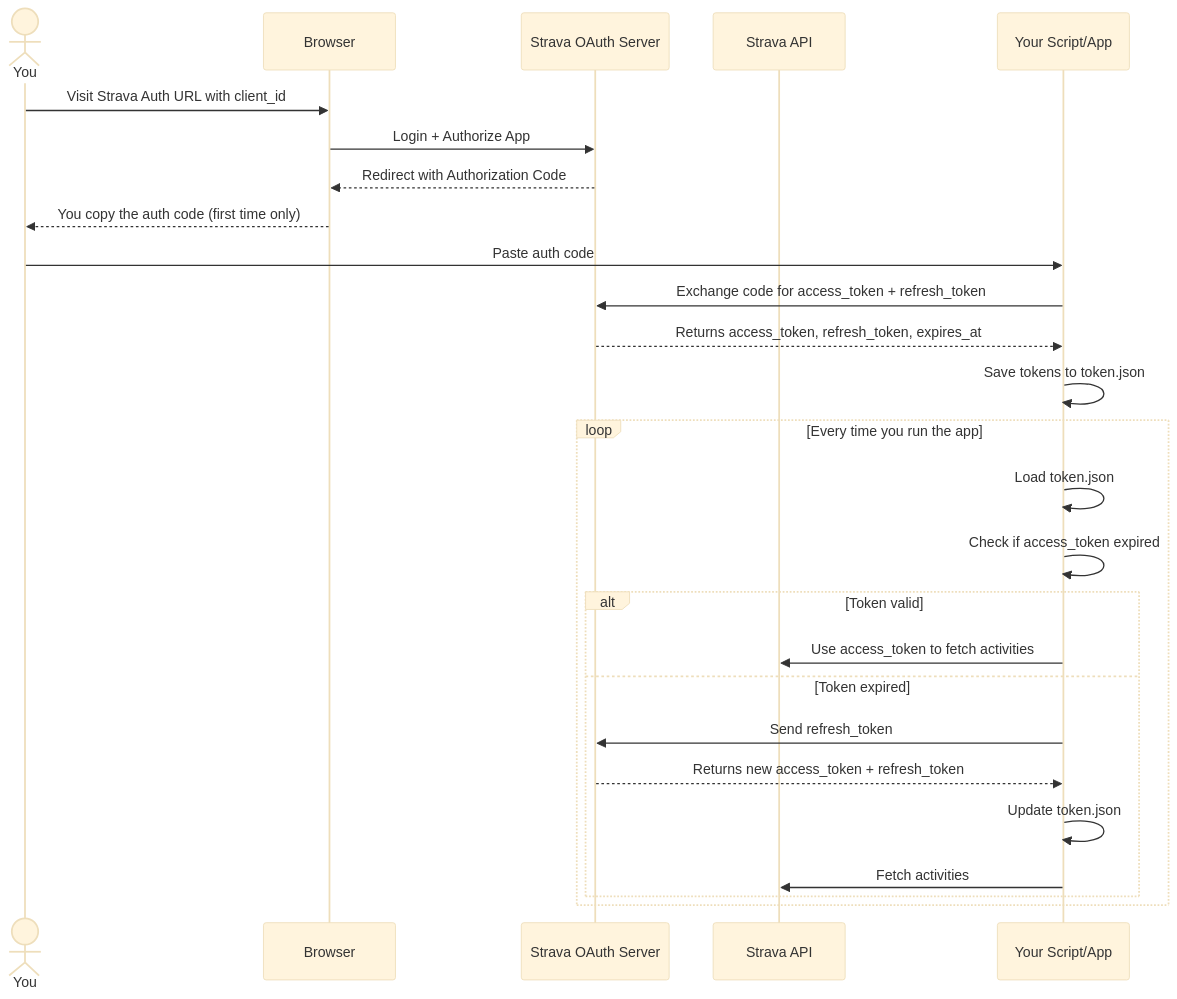
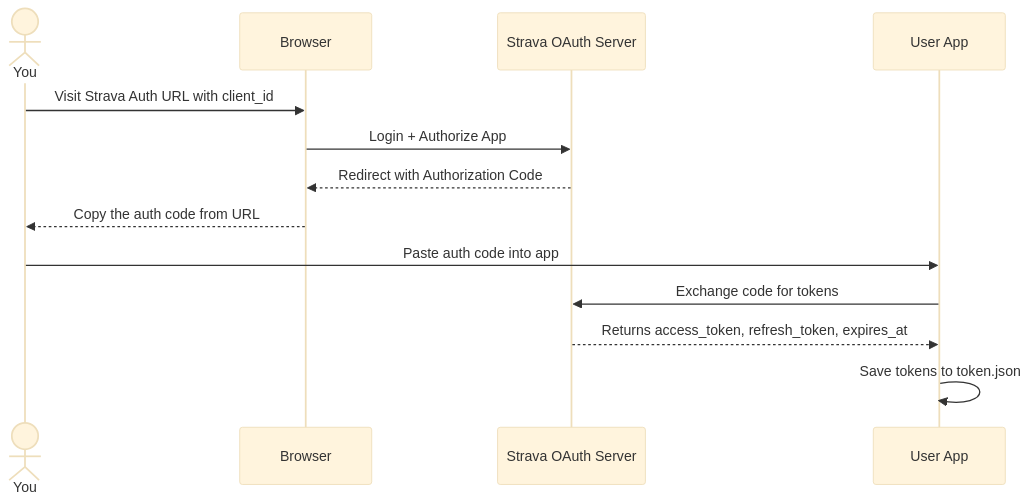
The first of 2 diagrams in docs/strava_oauth.md (pugmarx/strava-insights-rag), drawn with Mermaid (base theme) before and after one commit. The commit also changed other lines of this file and 1 other file, not shown here.

````diff
--- a/docs/strava_oauth.md
+++ b/docs/strava_oauth.md
@@ -5,32 +17,17 @@
 ```mermaid
 sequenceDiagram
     actor You
     participant Browser
     participant StravaAuth as Strava OAuth Server
-    participant StravaAPI as Strava API
-    participant App as Your Script/App
+    participant App as User App
 
     You->>Browser: Visit Strava Auth URL with client_id
     Browser->>StravaAuth: Login + Authorize App
     StravaAuth-->>Browser: Redirect with Authorization Code
-    Browser-->>You: You copy the auth code (first time only)
+    Browser-->>You: Copy the auth code from URL
 
-    You->>App: Paste auth code
-    App->>StravaAuth: Exchange code for access_token + refresh_token
+    You->>App: Paste auth code into app
+    App->>StravaAuth: Exchange code for tokens
     StravaAuth-->>App: Returns access_token, refresh_token, expires_at
     App->>App: Save tokens to token.json
-
-    loop Every time you run the app
-        App->>App: Load token.json
-        App->>App: Check if access_token expired
-
-        alt Token valid
-            App->>StravaAPI: Use access_token to fetch activities
-        else Token expired
-            App->>StravaAuth: Send refresh_token
-            StravaAuth-->>App: Returns new access_token + refresh_token
-            App->>App: Update token.json
-            App->>StravaAPI: Fetch activities
-        end
-    end
 ```
````
